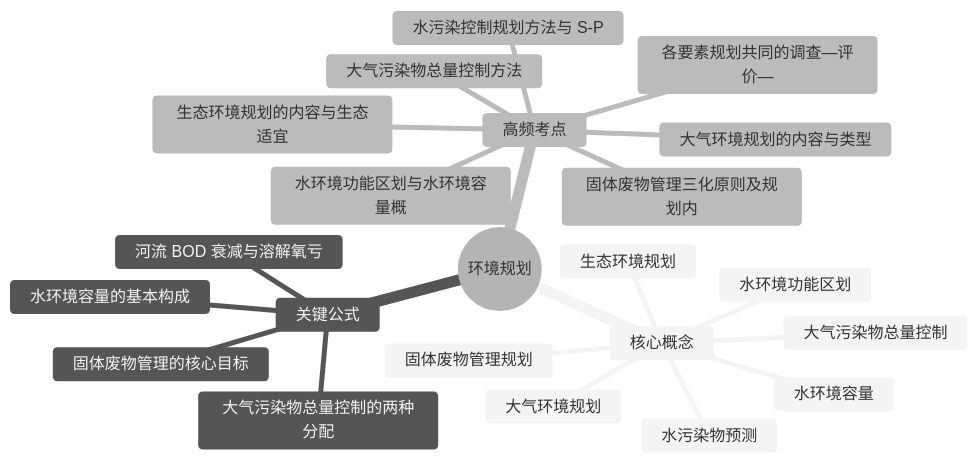
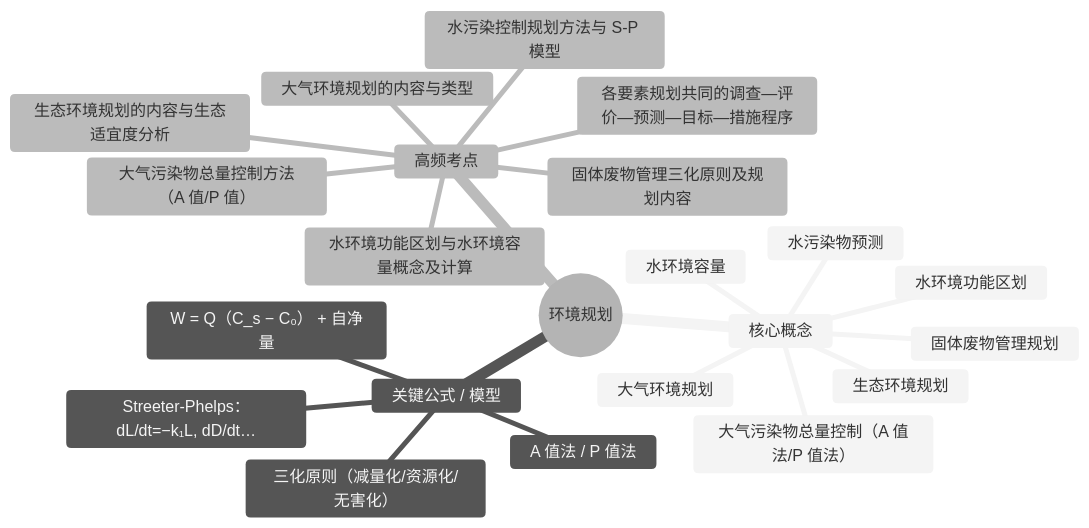
The diagram in 环境规划与管理/02_解析成果/_素材/_第06章_环境规划.md (dao-genesis/xuexi-fuxi), drawn with Mermaid (neutral theme) before and after one commit. The commit also changed other lines of this file and 47 other files, not shown here.

````diff
--- a/环境规划与管理/02_解析成果/_素材/_第06章_环境规划.md
+++ b/环境规划与管理/02_解析成果/_素材/_第06章_环境规划.md
@@ -2002,25 +2002,25 @@
 ```mermaid
 mindmap
   root((环境规划))
     核心概念
       大气环境规划
-      大气污染物总量控制
+      大气污染物总量控制（A 值法/P 值法）
       水环境功能区划
       水环境容量
       水污染物预测
       固体废物管理规划
       生态环境规划
-    关键公式
-      大气污染物总量控制的两种分配
-      水环境容量的基本构成
-      河流 BOD 衰减与溶解氧亏
-      固体废物管理的核心目标
+    关键公式 / 模型
+      A 值法 / P 值法
+      W = Q（C_s − C₀） + 自净量
+      Streeter-Phelps：dL/dt=−k₁L, dD/dt…
+      三化原则（减量化/资源化/无害化）
     高频考点
       大气环境规划的内容与类型
-      大气污染物总量控制方法
-      水环境功能区划与水环境容量概
-      水污染控制规划方法与 S-P
-      固体废物管理三化原则及规划内
-      生态环境规划的内容与生态适宜
-      各要素规划共同的调查—评价—
+      大气污染物总量控制方法（A 值/P 值）
+      水环境功能区划与水环境容量概念及计算
+      水污染控制规划方法与 S-P 模型
+      固体废物管理三化原则及规划内容
+      生态环境规划的内容与生态适宜度分析
+      各要素规划共同的调查—评价—预测—目标—措施程序
 ```
````
